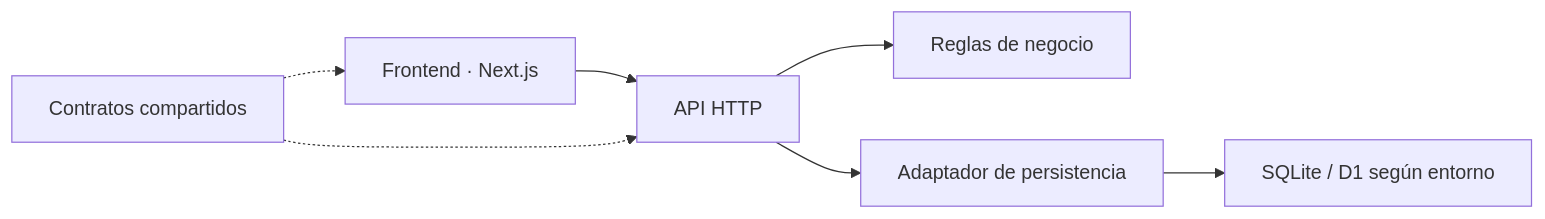
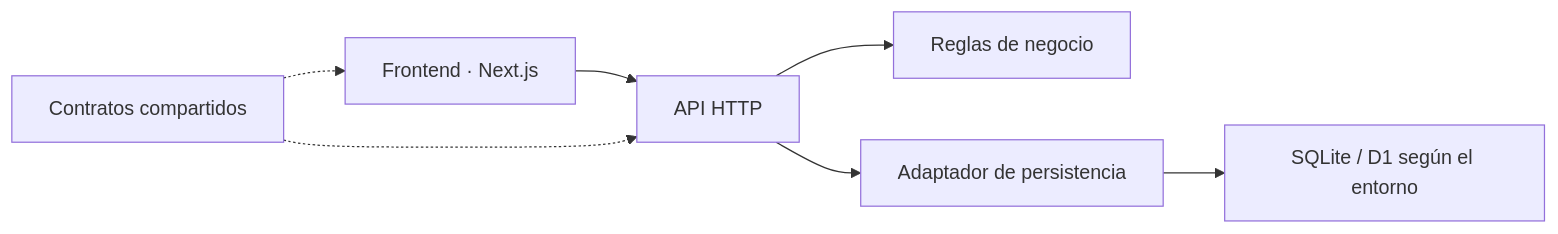
One commit to IngeniaSoftwareok/caso-don-rinaldi changed the diagram in docs/arquitectura.md. Above: the diagram before and after it, drawn with Mermaid. The commit also changed other lines of this file and 7 other files, not shown here.

````diff
--- a/docs/arquitectura.md
+++ b/docs/arquitectura.md
@@ -3,9 +5,9 @@
 ```mermaid
 flowchart LR
   W["Frontend · Next.js"] --> A["API HTTP"]
   A --> D["Reglas de negocio"]
   A --> S["Adaptador de persistencia"]
-  S --> Q["SQLite / D1 según entorno"]
+  S --> Q["SQLite / D1 según el entorno"]
   C["Contratos compartidos"] -.-> W
   C -.-> A
 ```
````
